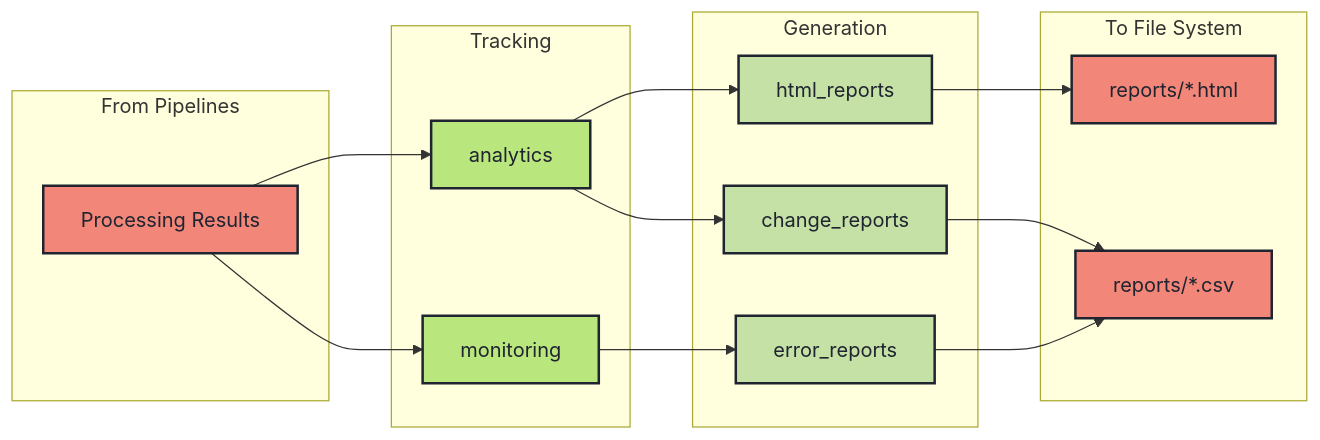
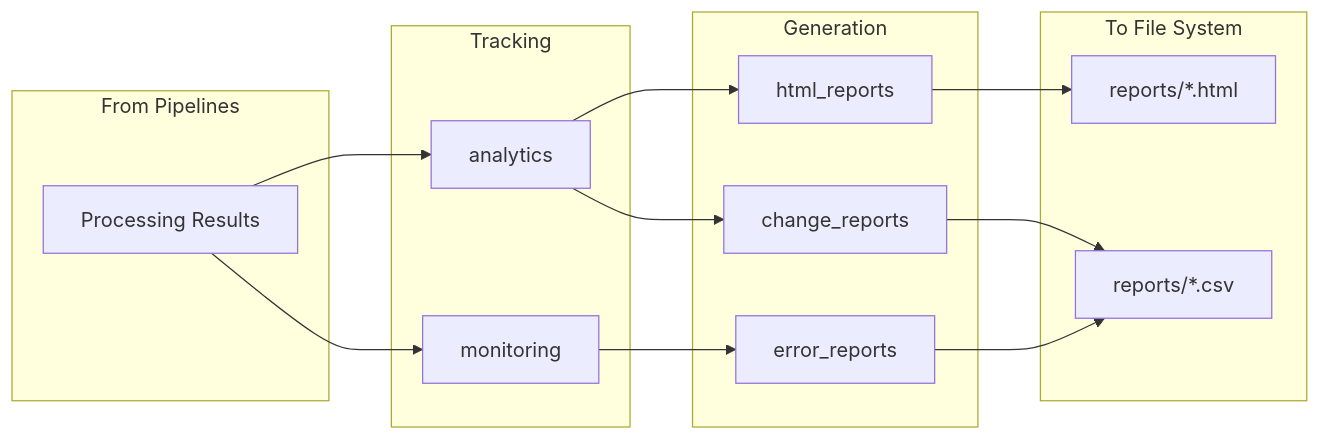
Before and after one commit to barad1tos/GenreUpdater: the eighth of 8 diagrams in docs/architecture/overview.md, drawn with Mermaid. The commit also changed other lines of this file and 2 other files, not shown here.

First line of the commit message:
fix(docs): let Material theme Mermaid natively

````diff
--- a/docs/architecture/overview.md
+++ b/docs/architecture/overview.md
@@ -276,34 +244,28 @@
 ```mermaid
 graph LR
     subgraph Input["From Pipelines"]
         Data[Processing Results]
     end
 
     subgraph Analytics["Tracking"]
         AN[analytics]
         MO[monitoring]
     end
 
     subgraph Reports["Generation"]
         HR[html_reports]
         CR[change_reports]
         ER[error_reports]
     end
 
     subgraph Output["To File System"]
         HTML[reports/*.html]
         CSV[reports/*.csv]
     end
 
     Data --> AN & MO
     AN --> HR & CR
     MO --> ER
     HR --> HTML
     CR & ER --> CSV
-    classDef io fill:#F28779, stroke:#1F2430, stroke-width:2px, color:#1F2430
-    classDef track fill:#BAE67E, stroke:#1F2430, stroke-width:2px, color:#1F2430
-    classDef report fill:#C5E1A5, stroke:#1F2430, stroke-width:2px, color:#1F2430
-    class Data,HTML,CSV io
-    class AN,MO track
-    class HR,CR,ER report
 ```
````
